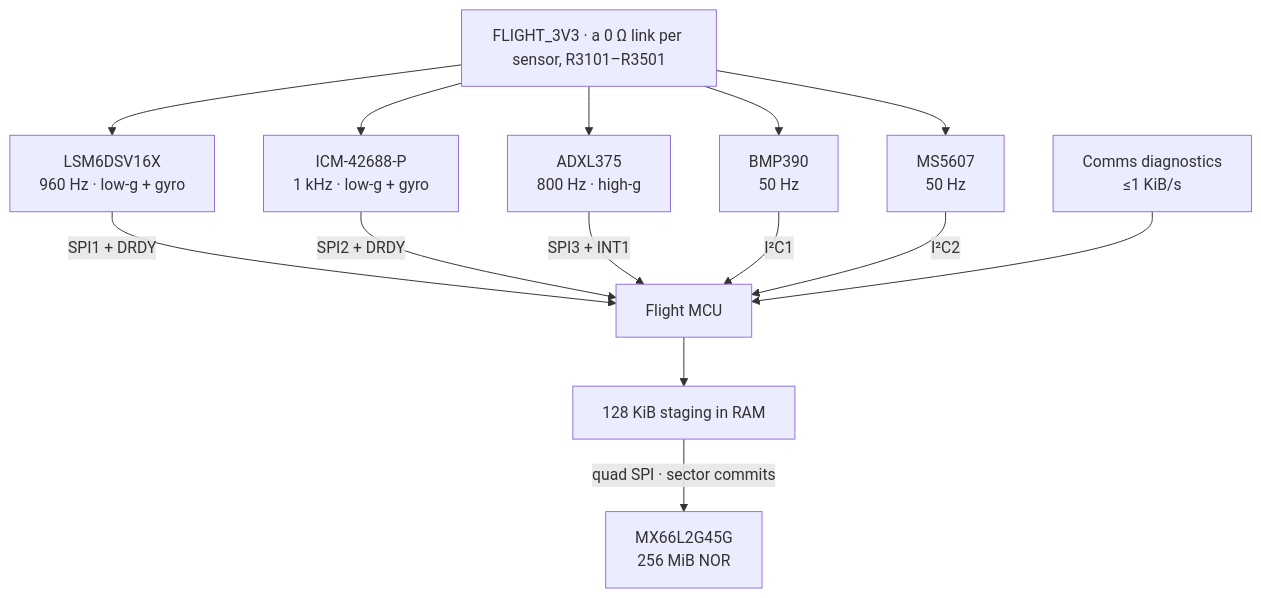
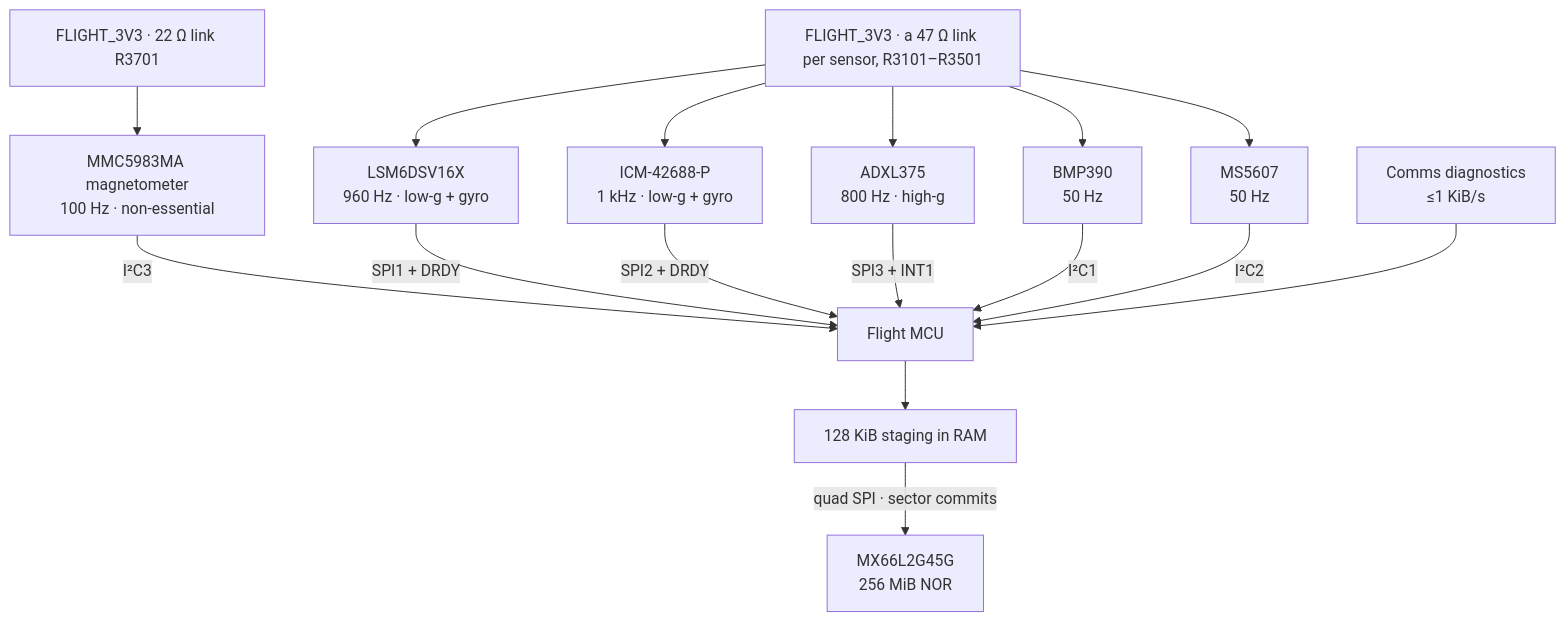
One commit to ULAS-HiPR/Ogma2 changed the diagram in docs/architecture/07-sensors-logging.md. Above: the diagram before and after it, drawn with Mermaid. The commit also changed other lines of this file and 32 other files, not shown here.

````diff
--- a/docs/architecture/07-sensors-logging.md
+++ b/docs/architecture/07-sensors-logging.md
@@ -7,19 +9,22 @@
 ```mermaid
 flowchart TB
-  P["FLIGHT_3V3 · a 0 Ω link per sensor, R3101–R3501"] --> ST & TD & HG & BP & TE
+  P["FLIGHT_3V3 · a 47 Ω link per sensor, R3101–R3501"] --> ST & TD & HG & BP & TE
+  P2["FLIGHT_3V3 · 22 Ω link R3701"] --> MG["MMC5983MA magnetometer
+100 Hz · non-essential"]
+  MG -->|"I²C3"| F
   ST["LSM6DSV16X
 960 Hz · low-g + gyro"] -->|"SPI1 + DRDY"| F["Flight MCU"]
   TD["ICM-42688-P
 1 kHz · low-g + gyro"] -->|"SPI2 + DRDY"| F
   HG["ADXL375
 800 Hz · high-g"] -->|"SPI3 + INT1"| F
   BP["BMP390
 50 Hz"] -->|"I²C1"| F
   TE["MS5607
 50 Hz"] -->|"I²C2"| F
   C["Comms diagnostics
 ≤1 KiB/s"] --> F
   F --> Q["128 KiB staging in RAM"]
   Q -->|"quad SPI · sector commits"| N["MX66L2G45G
 256 MiB NOR"]
 ```
````
